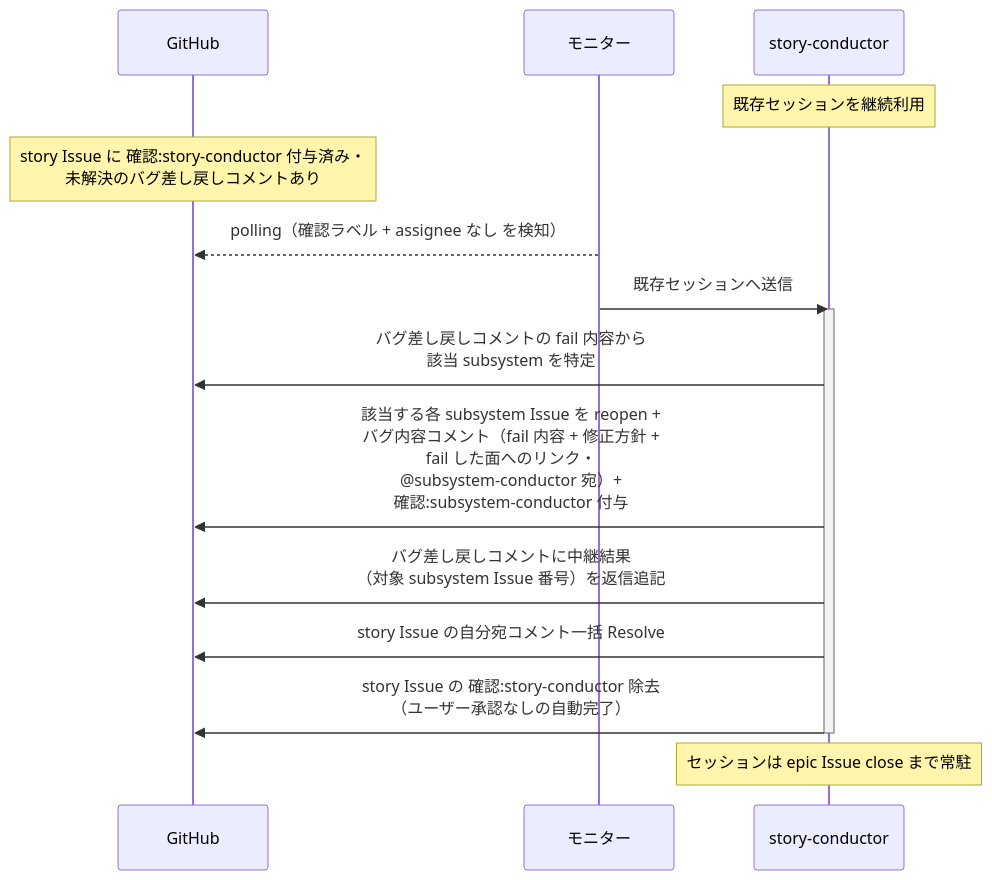
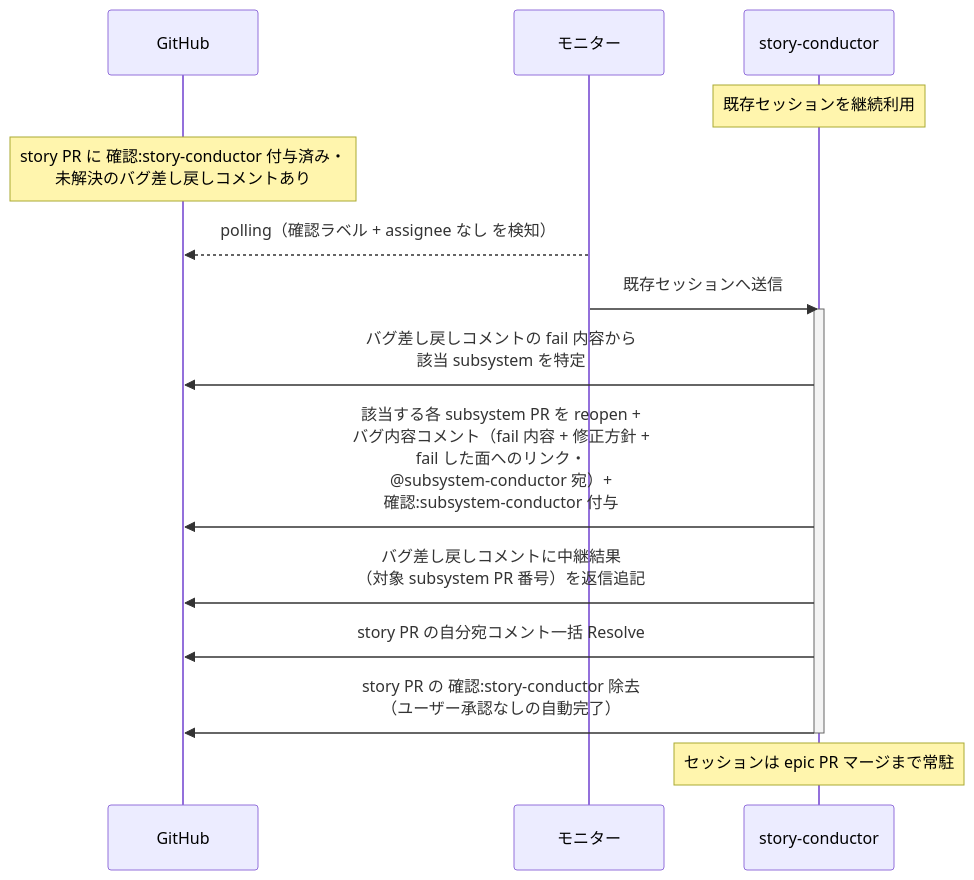
One commit to shuhei1101/ai-monitor changed the first of 2 diagrams in docs/wiki/設計図/シナリオ/単一ユースケース/バグ差し戻しの中継.md. Above: the diagram before and after it, drawn with Mermaid. The commit also changed other lines of this file and 256 other files, not shown here.

````diff
--- a/docs/wiki/設計図/シナリオ/単一ユースケース/バグ差し戻しの中継.md
+++ b/docs/wiki/設計図/シナリオ/単一ユースケース/バグ差し戻しの中継.md
@@ -26,19 +26,19 @@
 ```mermaid
 sequenceDiagram
   participant GH as GitHub
   participant ORC as モニター
   participant MON as story-conductor
 
   Note over MON: 既存セッションを継続利用
-  Note over GH: story Issue に 確認:story-conductor 付与済み・<br>未解決のバグ差し戻しコメントあり
+  Note over GH: story PR に 確認:story-conductor 付与済み・<br>未解決のバグ差し戻しコメントあり
   ORC-->>GH: polling（確認ラベル + assignee なし を検知）
   ORC->>MON: 既存セッションへ送信
   activate MON
   MON->>GH: バグ差し戻しコメントの fail 内容から<br>該当 subsystem を特定
-  MON->>GH: 該当する各 subsystem Issue を reopen +<br>バグ内容コメント（fail 内容 + 修正方針 +<br>fail した面へのリンク・<br>@subsystem-conductor 宛）+<br>確認:subsystem-conductor 付与
-  MON->>GH: バグ差し戻しコメントに中継結果<br>（対象 subsystem Issue 番号）を返信追記
-  MON->>GH: story Issue の自分宛コメント一括 Resolve
-  MON->>GH: story Issue の 確認:story-conductor 除去<br>（ユーザー承認なしの自動完了）
+  MON->>GH: 該当する各 subsystem PR を reopen +<br>バグ内容コメント（fail 内容 + 修正方針 +<br>fail した面へのリンク・<br>@subsystem-conductor 宛）+<br>確認:subsystem-conductor 付与
+  MON->>GH: バグ差し戻しコメントに中継結果<br>（対象 subsystem PR 番号）を返信追記
+  MON->>GH: story PR の自分宛コメント一括 Resolve
+  MON->>GH: story PR の 確認:story-conductor 除去<br>（ユーザー承認なしの自動完了）
   deactivate MON
-  Note over MON: セッションは epic Issue close まで常駐
+  Note over MON: セッションは epic PR マージまで常駐
 ```
````
